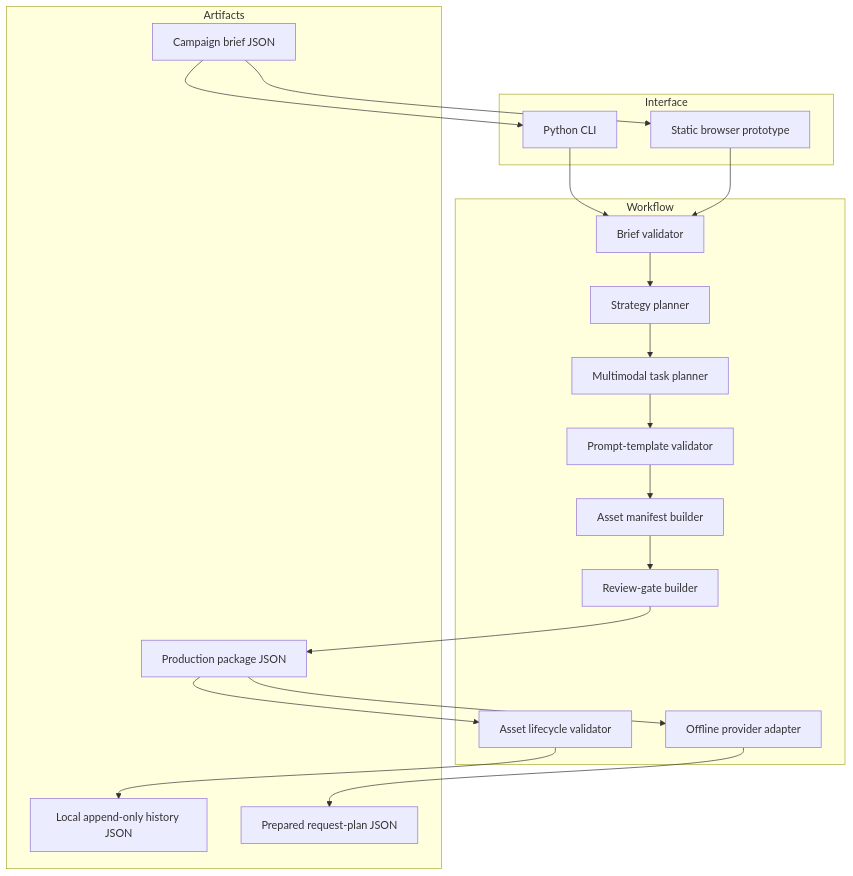
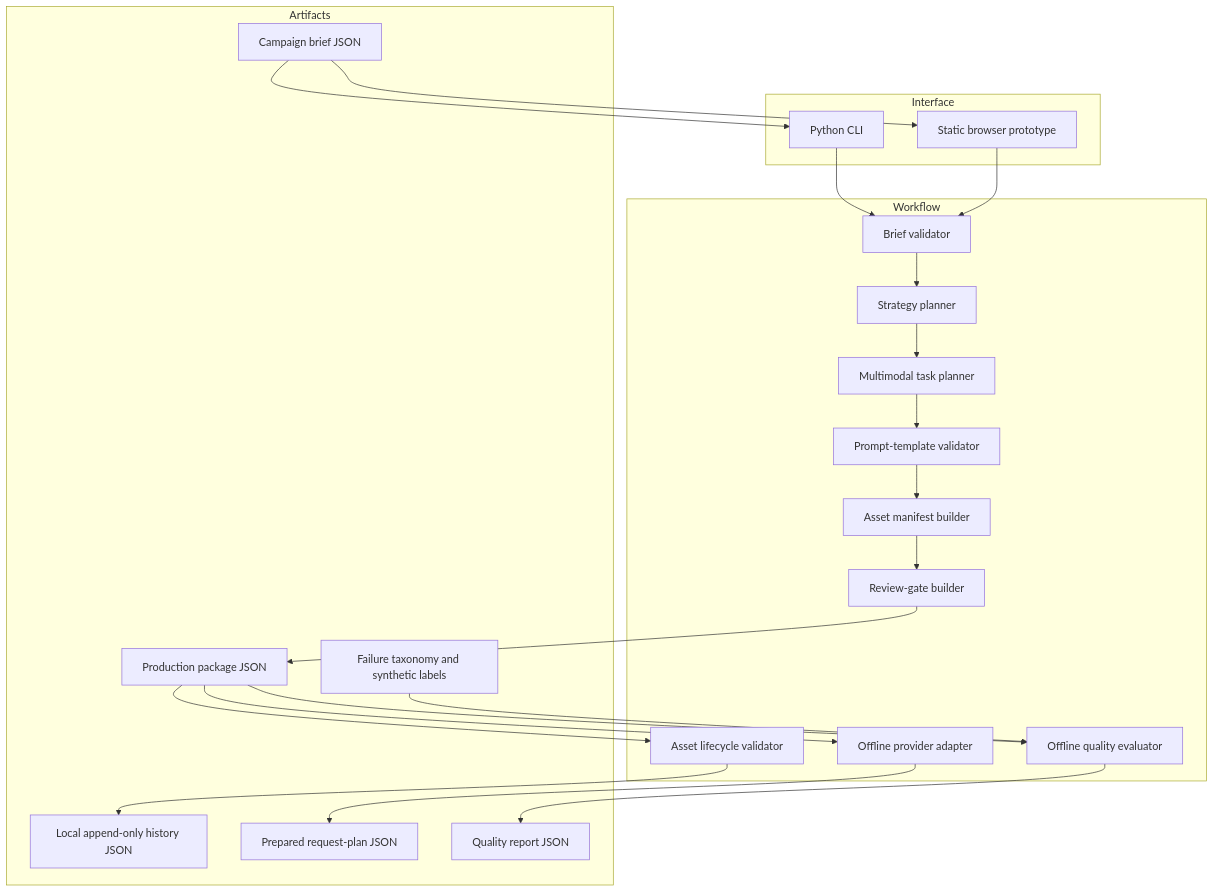
The first of 2 diagrams in docs/ARCHITECTURE.md (magicyao2028-pixel/aigc-content-production-studio), drawn with Mermaid before and after one commit. The commit also changed other lines of this file and 23 other files, not shown here.

Commit message:
Add offline AIGC quality failure taxonomy

````diff
--- a/docs/ARCHITECTURE.md
+++ b/docs/ARCHITECTURE.md
@@ -13,28 +13,33 @@
 ```mermaid
 flowchart TB
     subgraph Interface
       CLI[Python CLI]
       WEB[Static browser prototype]
     end
     subgraph Workflow
       V[Brief validator]
       S[Strategy planner]
       T[Multimodal task planner]
       M[Asset manifest builder]
       G[Review-gate builder]
       L[Asset lifecycle validator]
       TPL[Prompt-template validator]
       PAD[Offline provider adapter]
+      Q[Offline quality evaluator]
     end
     subgraph Artifacts
       B[Campaign brief JSON]
       P[Production package JSON]
       H[Local append-only history JSON]
       R[Prepared request-plan JSON]
+      F[Failure taxonomy and synthetic labels]
+      QR[Quality report JSON]
     end
     B --> CLI --> V
     B --> WEB --> V
     V --> S --> T --> TPL --> M --> G --> P
     P --> L --> H
     P --> PAD --> R
+    P --> Q
+    F --> Q --> QR
 ```
````
